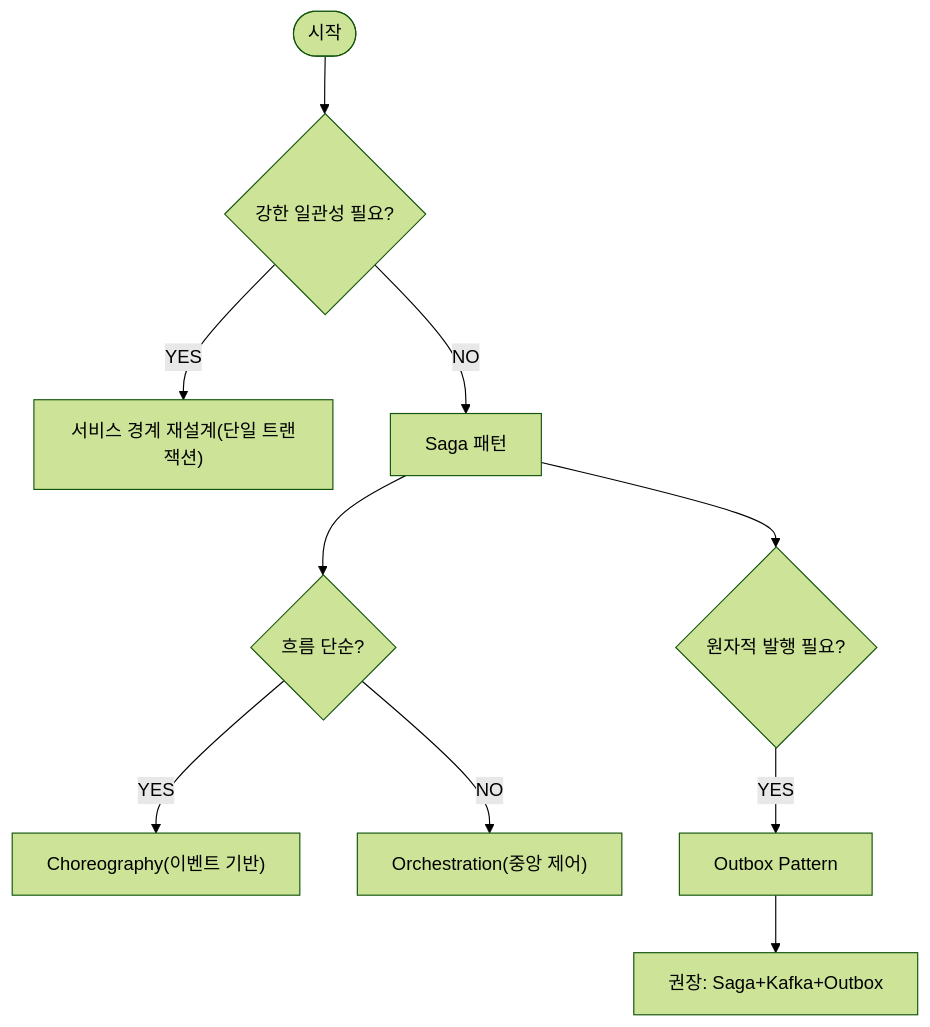
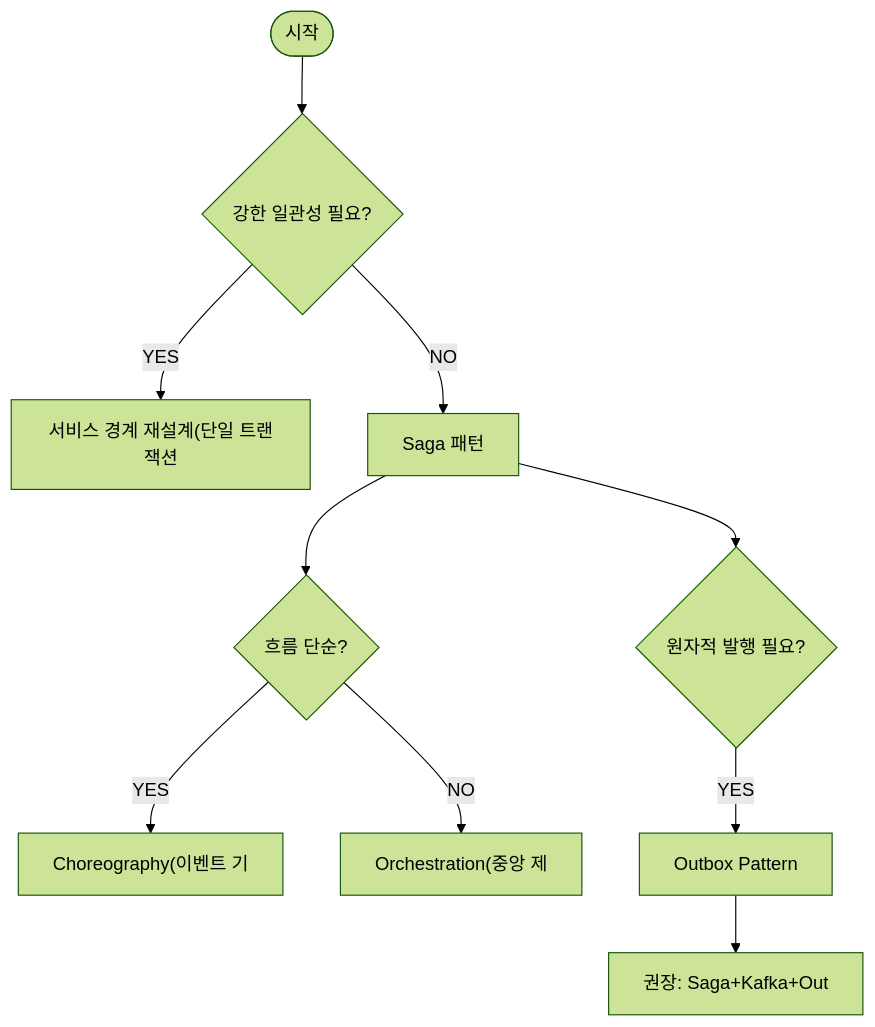
The eighth of 8 diagrams in _posts/spring/2026-05-01-distributed-transaction.md (yjkim2015/yjkim2015.github.io), drawn with Mermaid (forest theme) before and after one commit. The commit also changed other lines of this file and 271 other files, not shown here.

First line of the commit message:
Mermaid 라벨 축소: 긴 노드 텍스트 18자 이하로 트림 + \n 제거

````diff
--- a/_posts/spring/2026-05-01-distributed-transaction.md
+++ b/_posts/spring/2026-05-01-distributed-transaction.md
@@ -369,12 +369,12 @@
 ```mermaid
 graph TD
     START(["시작"]) --> Q1{"강한 일관성 필요?"}
-    Q1 -->|YES| R1["서비스 경계 재설계(단일 트랜잭션)"]
+    Q1 -->|YES| R1["서비스 경계 재설계(단일 트랜잭션"]
     Q1 -->|NO| SAGA["Saga 패턴"]
     SAGA --> Q3{"흐름 단순?"}
-    Q3 -->|YES| CHOREO["Choreography(이벤트 기반)"]
-    Q3 -->|NO| ORCH["Orchestration(중앙 제어)"]
+    Q3 -->|YES| CHOREO["Choreography(이벤트 기"]
+    Q3 -->|NO| ORCH["Orchestration(중앙 제"]
     SAGA --> Q4{"원자적 발행 필요?"}
     Q4 -->|YES| OUTBOX["Outbox Pattern"]
-    OUTBOX --> BEST["권장: Saga+Kafka+Outbox"]
+    OUTBOX --> BEST["권장: Saga+Kafka+Out"]
 ```
````
